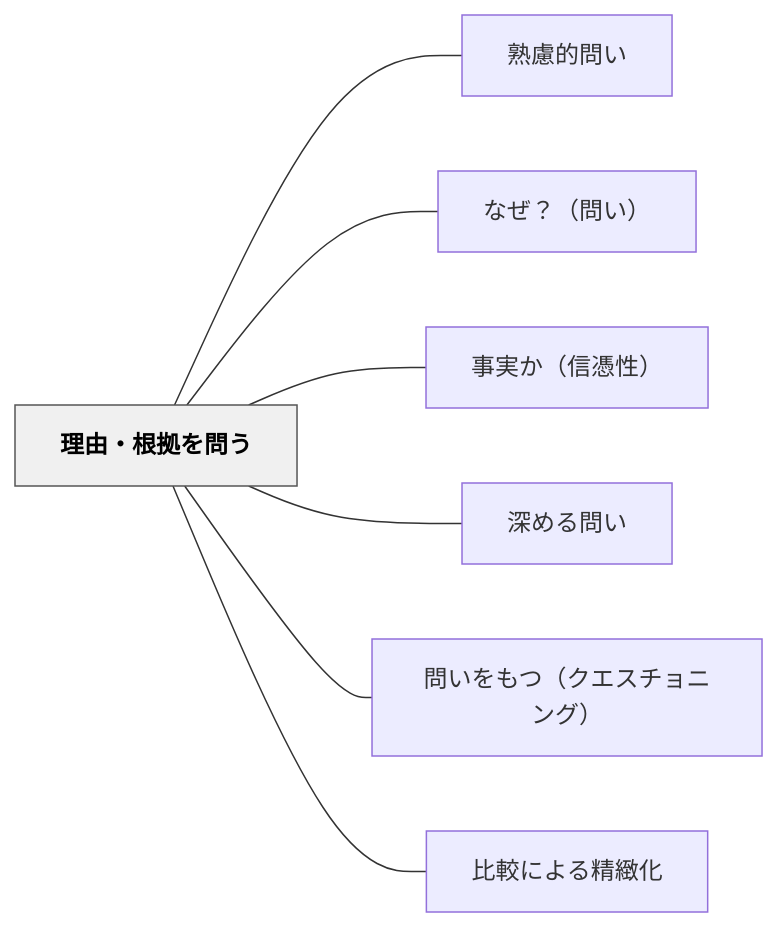
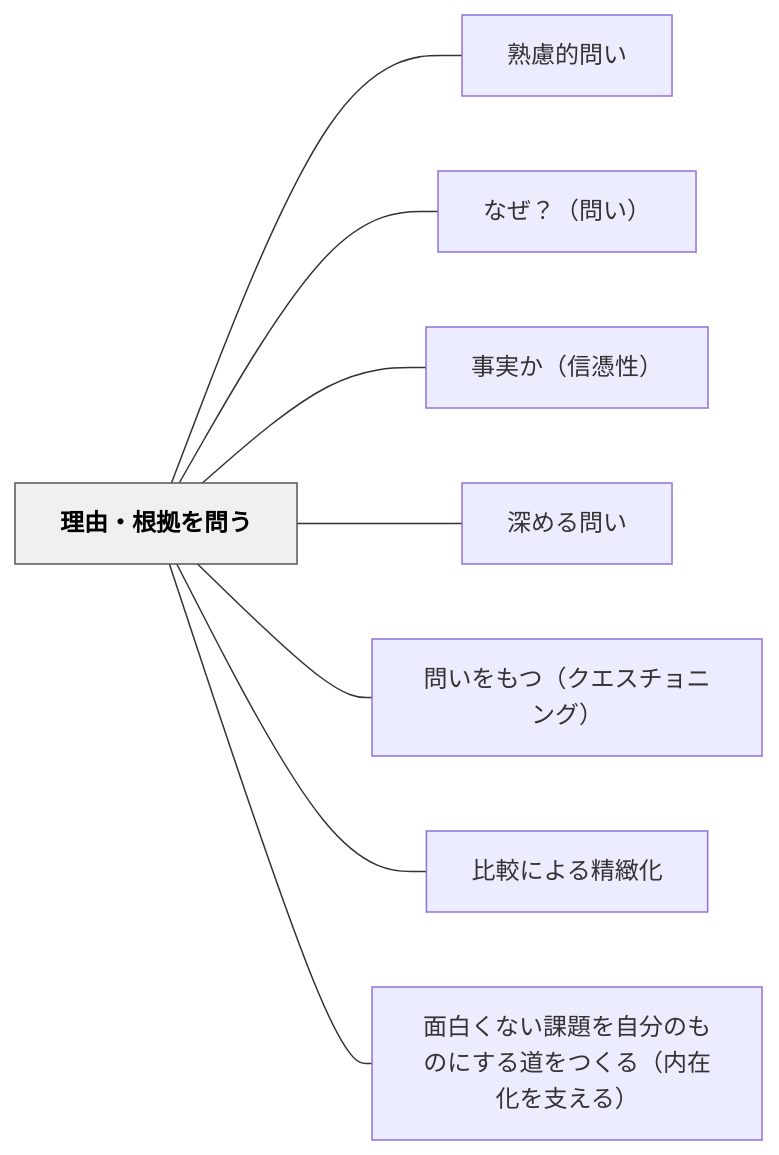
Before and after one commit to unknownthings-ed-patterns/unknownthings-ed-patterns: the diagram in content/パタン/理由・根拠を問う.md, drawn with Mermaid. The commit also changed other lines of this file and 17 other files, not shown here.

````diff
--- a/content/パタン/理由・根拠を問う.md
+++ b/content/パタン/理由・根拠を問う.md
@@ -44,20 +45,22 @@
 ```mermaid
 flowchart LR
     ne79086e794b1e383bbe6a0b9e68ba0e38292e5958fe38186["理由・根拠を問う"]
     ne7869fe685aee79a84e5958fe38184["熟慮的問い"]
     ne381aae3819cefbc9fefbc88e5958fe38184efbc89["なぜ？（問い）"]
     ne4ba8be5ae9fe3818befbc88e4bfa1e68691e680a7efbc89["事実か（信憑性）"]
     ne6b7b1e38281e3828be5958fe38184["深める問い"]
     ne5958fe38184e38292e38282e381a4efbc88e382afe382a8e382b9e38381e383a7e3838be383b3e382b0efbc89["問いをもつ（クエスチョニング）"]
     ne6af94e8bc83e381abe38288e3828be7b2bee7b7bbe58c96["比較による精緻化"]
+    ne99da2e799bde3818fe381aae38184e8aab2e9a18ce38292e887aae58886e381aee38282e381aee381abe38199e3828be98193e38292e381a4e3818fe3828befbc88e58685e59ca8e58c96e38292e694afe38188e3828befbc89["面白くない課題を自分のものにする道をつくる（内在化を支える）"]
 
     ne79086e794b1e383bbe6a0b9e68ba0e38292e5958fe38186 --- ne7869fe685aee79a84e5958fe38184
     ne79086e794b1e383bbe6a0b9e68ba0e38292e5958fe38186 --- ne381aae3819cefbc9fefbc88e5958fe38184efbc89
     ne79086e794b1e383bbe6a0b9e68ba0e38292e5958fe38186 --- ne4ba8be5ae9fe3818befbc88e4bfa1e68691e680a7efbc89
     ne79086e794b1e383bbe6a0b9e68ba0e38292e5958fe38186 --- ne6b7b1e38281e3828be5958fe38184
     ne79086e794b1e383bbe6a0b9e68ba0e38292e5958fe38186 --- ne5958fe38184e38292e38282e381a4efbc88e382afe382a8e382b9e38381e383a7e3838be383b3e382b0efbc89
     ne79086e794b1e383bbe6a0b9e68ba0e38292e5958fe38186 --- ne6af94e8bc83e381abe38288e3828be7b2bee7b7bbe58c96
+    ne79086e794b1e383bbe6a0b9e68ba0e38292e5958fe38186 --- ne99da2e799bde3818fe381aae38184e8aab2e9a18ce38292e887aae58886e381aee38282e381aee381abe38199e3828be98193e38292e381a4e3818fe3828befbc88e58685e59ca8e58c96e38292e694afe38188e3828befbc89
 
     classDef hub fill:#f0f0f0,stroke:#555,color:#000,font-weight:bold
     class ne79086e794b1e383bbe6a0b9e68ba0e38292e5958fe38186 hub
 ```
````
